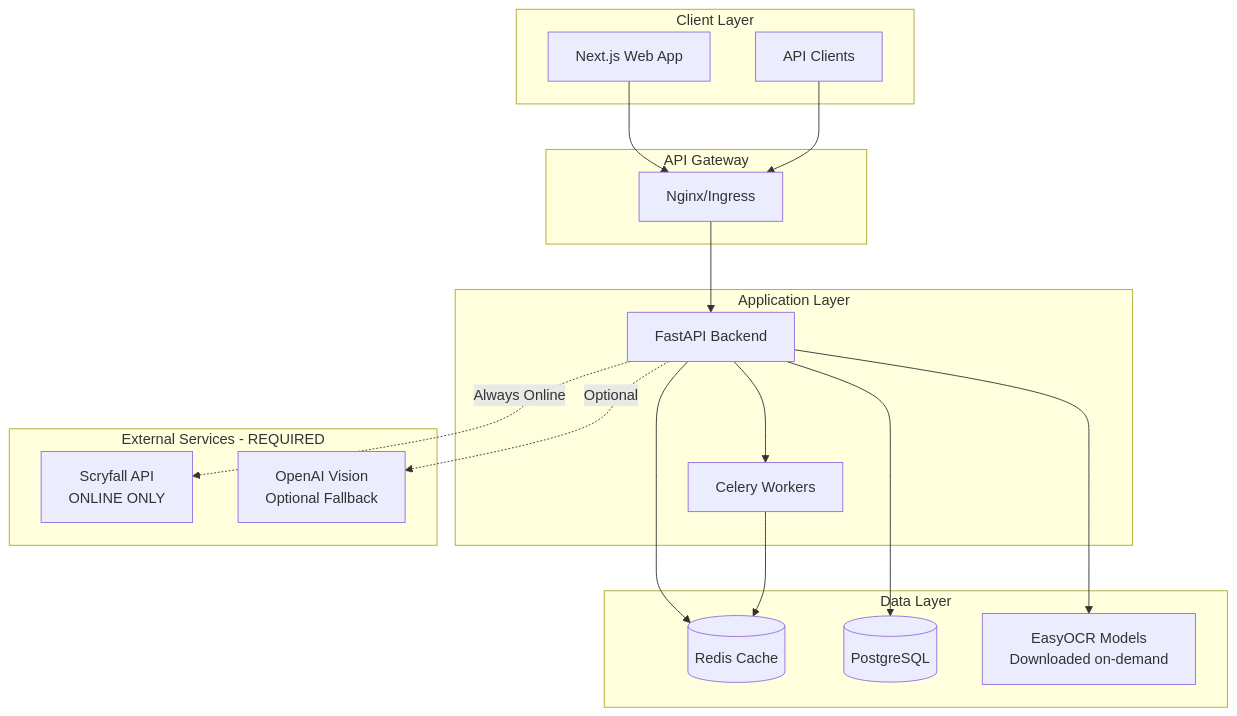
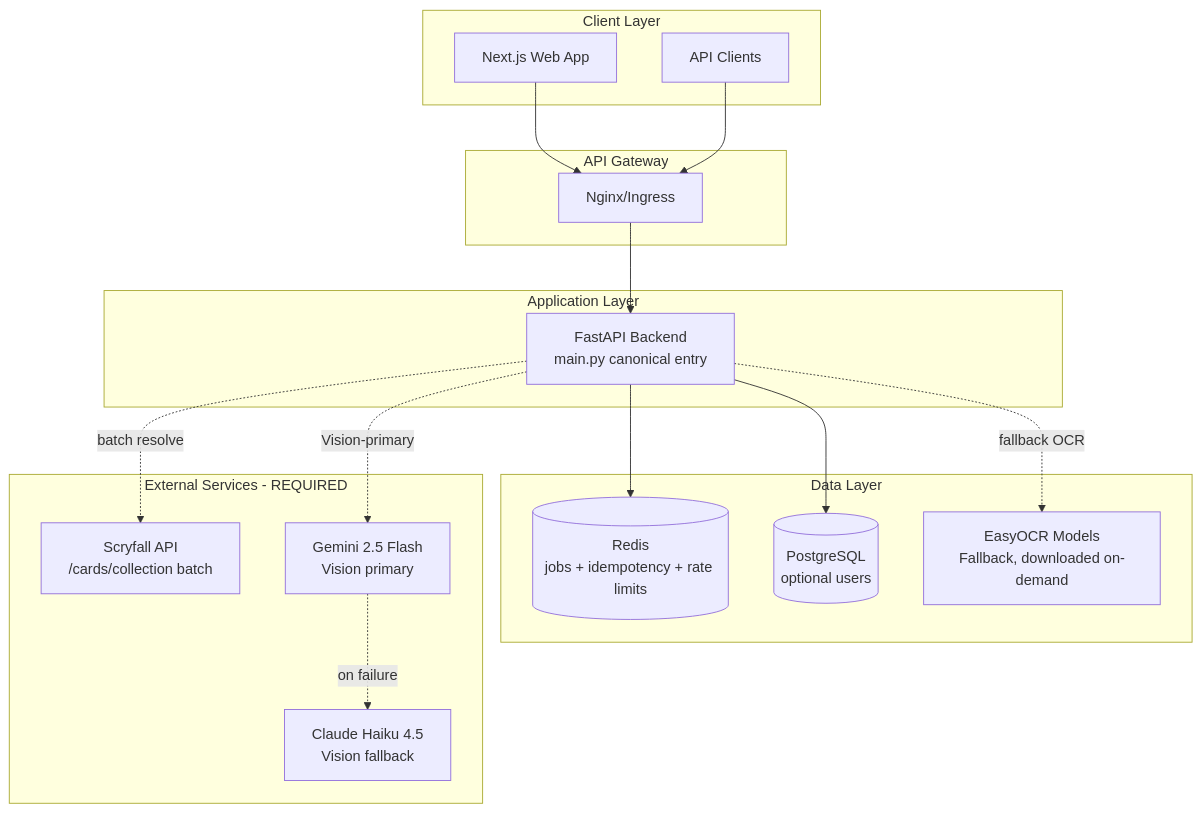
One commit to gbordes77/Screen2Deck changed the diagram in docs/ARCHITECTURE.md. Above: the diagram before and after it, drawn with Mermaid. The commit also changed other lines of this file and 25 other files, not shown here.

````diff
--- a/docs/ARCHITECTURE.md
+++ b/docs/ARCHITECTURE.md
@@ -9,38 +9,37 @@
 ```mermaid
 graph TB
     subgraph "Client Layer"
         WEB[Next.js Web App]
         API_CLIENT[API Clients]
     end
     
     subgraph "API Gateway"
         NGINX[Nginx/Ingress]
     end
     
     subgraph "Application Layer"
-        FASTAPI[FastAPI Backend]
-        CELERY[Celery Workers]
+        FASTAPI[FastAPI Backend<br/>main.py canonical entry]
     end
-    
+
     subgraph "Data Layer"
-        REDIS[(Redis Cache)]
-        POSTGRES[(PostgreSQL)]
-        MODELS[EasyOCR Models<br/>Downloaded on-demand]
+        REDIS[(Redis<br/>jobs + idempotency + rate limits)]
+        POSTGRES[(PostgreSQL<br/>optional users)]
+        MODELS[EasyOCR Models<br/>Fallback, downloaded on-demand]
     end
-    
+
     subgraph "External Services - REQUIRED"
-        SCRYFALL[Scryfall API<br/>ONLINE ONLY]
-        OPENAI[OpenAI Vision<br/>Optional Fallback]
+        SCRYFALL[Scryfall API<br/>/cards/collection batch]
+        GEMINI[Gemini 2.5 Flash<br/>Vision primary]
+        CLAUDE[Claude Haiku 4.5<br/>Vision fallback]
     end
-    
+
     WEB --> NGINX
     API_CLIENT --> NGINX
     NGINX --> FASTAPI
     FASTAPI --> REDIS
     FASTAPI --> POSTGRES
-    FASTAPI --> MODELS
-    FASTAPI --> CELERY
-    CELERY --> REDIS
-    FASTAPI -.->|Always Online| SCRYFALL
-    FASTAPI -.->|Optional| OPENAI
+    FASTAPI -.->|Vision-primary| GEMINI
+    GEMINI -.->|on failure| CLAUDE
+    FASTAPI -.->|fallback OCR| MODELS
+    FASTAPI -.->|batch resolve| SCRYFALL
 ```
````
